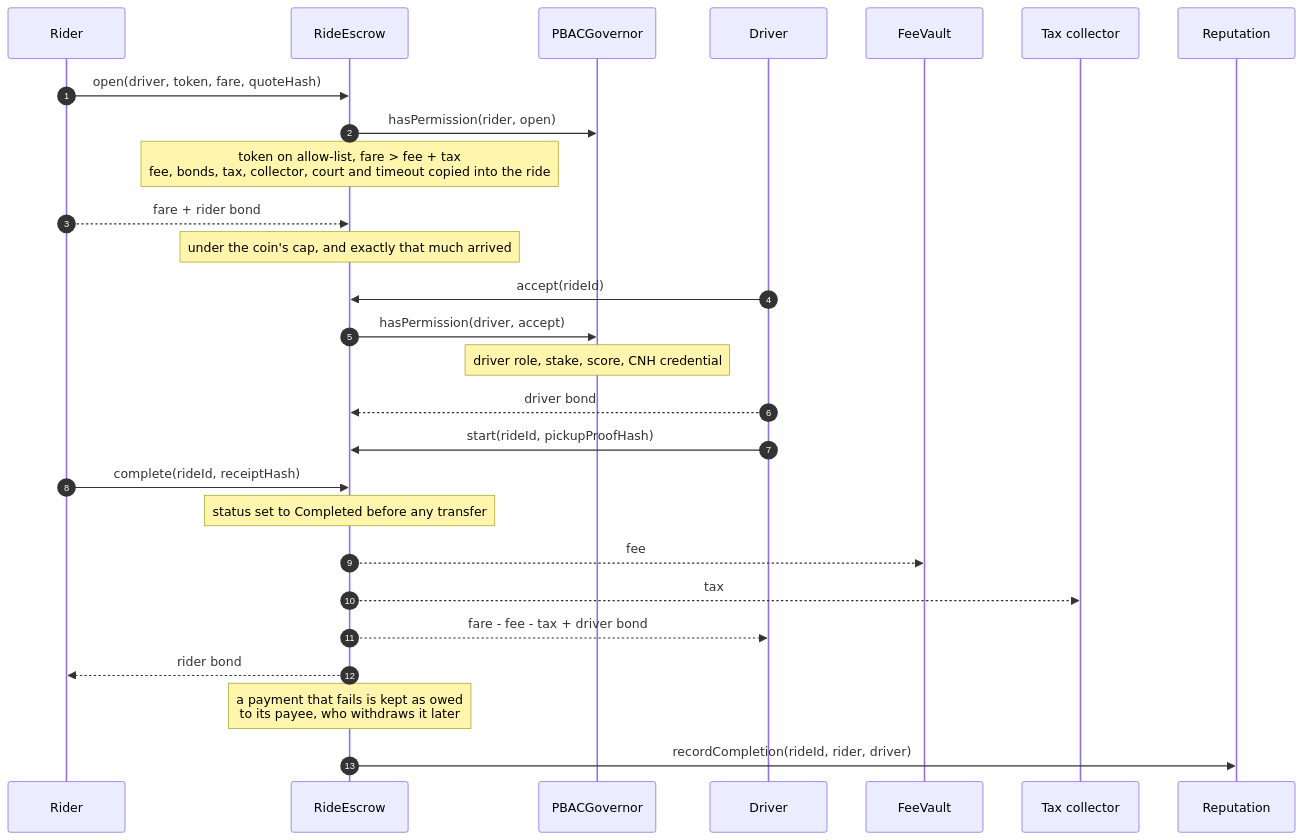
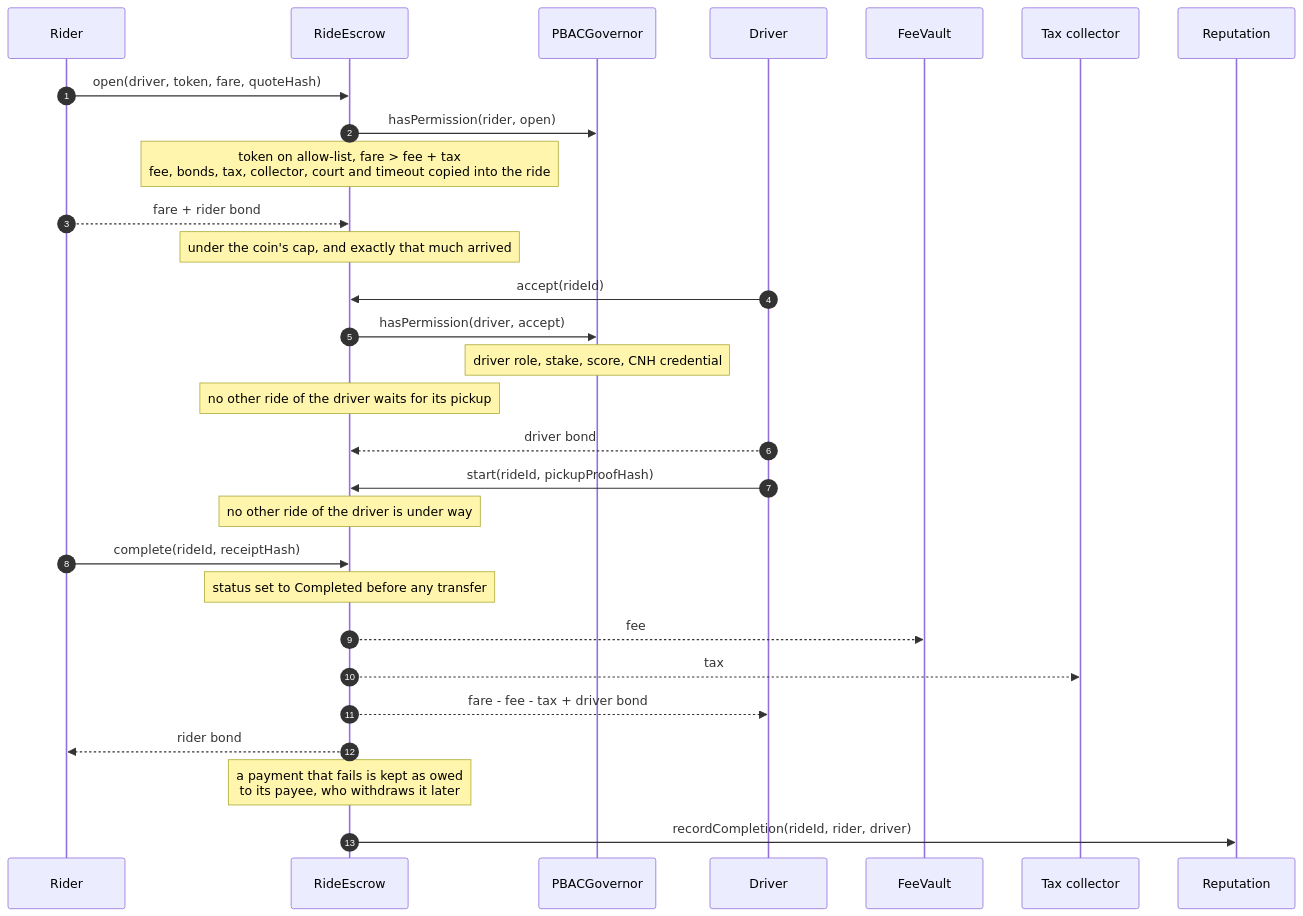
One commit to MuriloSchaefer/klippelgo changed the first of 4 diagrams in contracts/docs/security.md. Above: the diagram before and after it, drawn with Mermaid. The commit also changed other lines of this file and 83 other files, not shown here.

````diff
--- a/contracts/docs/security.md
+++ b/contracts/docs/security.md
@@ -68,30 +81,32 @@
 ```mermaid
 sequenceDiagram
     autonumber
     participant R as Rider
     participant E as RideEscrow
     participant G as PBACGovernor
     participant D as Driver
     participant V as FeeVault
     participant T as Tax collector
     participant P as Reputation
 
     R->>E: open(driver, token, fare, quoteHash)
     E->>G: hasPermission(rider, open)
     Note over E: token on allow-list, fare > fee + tax<br/>fee, bonds, tax, collector, court and timeout copied into the ride
     R-->>E: fare + rider bond
     Note over E: under the coin's cap, and exactly that much arrived
     D->>E: accept(rideId)
     E->>G: hasPermission(driver, accept)
     Note over G: driver role, stake, score, CNH credential
+    Note over E: no other ride of the driver waits for its pickup
     D-->>E: driver bond
     D->>E: start(rideId, pickupProofHash)
+    Note over E: no other ride of the driver is under way
     R->>E: complete(rideId, receiptHash)
     Note over E: status set to Completed before any transfer
     E-->>V: fee
     E-->>T: tax
     E-->>D: fare - fee - tax + driver bond
     E-->>R: rider bond
     Note over E: a payment that fails is kept as owed<br/>to its payee, who withdraws it later
     E->>P: recordCompletion(rideId, rider, driver)
 ```
````
